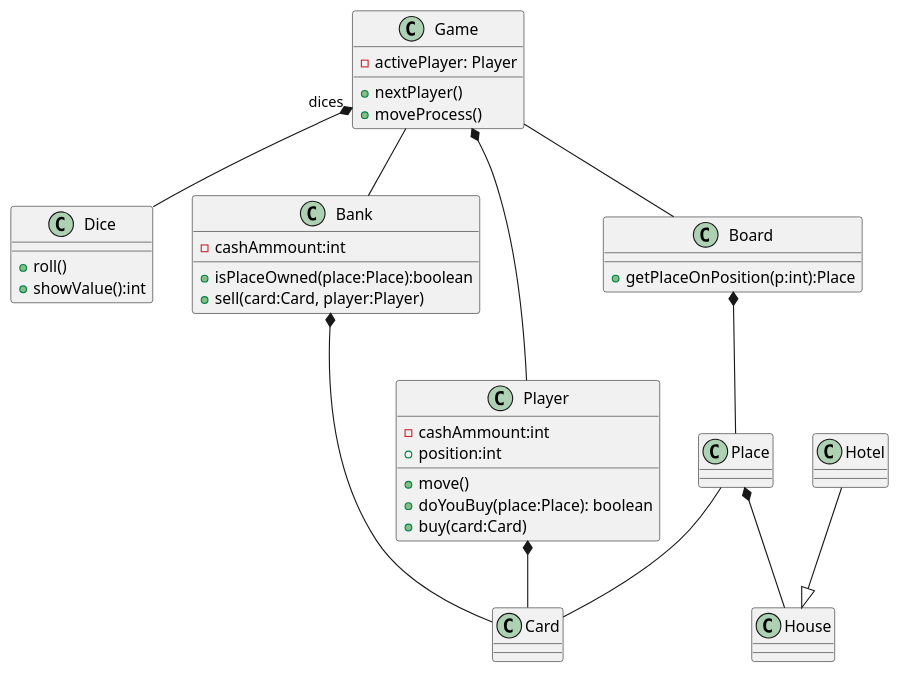
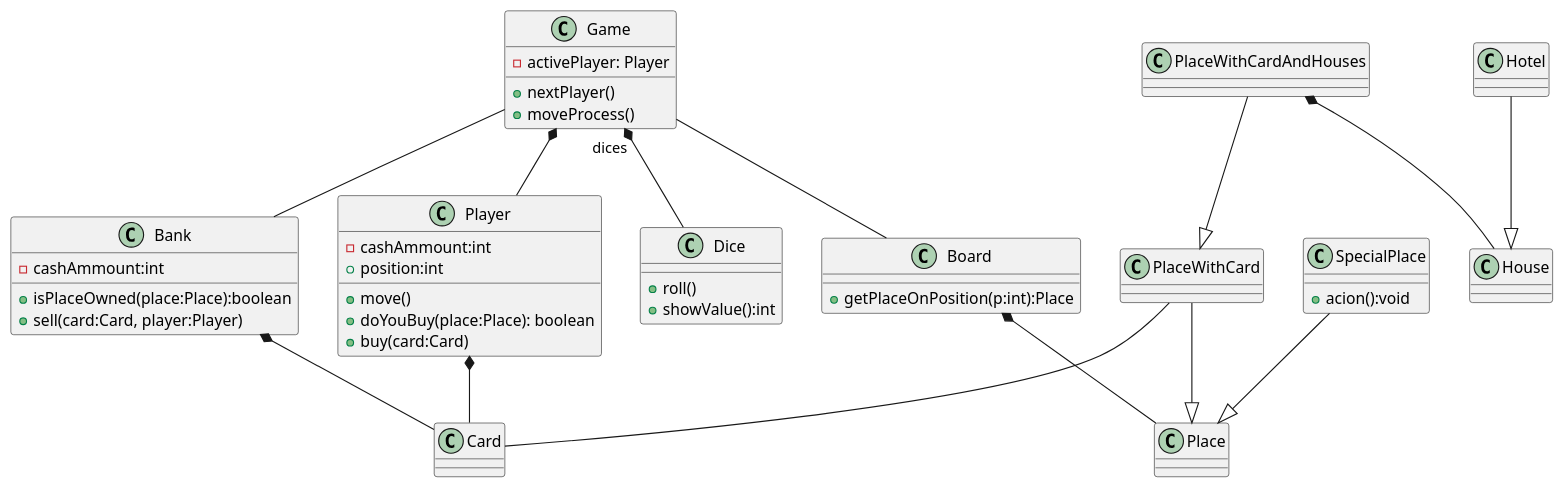
One commit to kpodlaski/ProjObj2019 changed the diagram in dzienne/gr2/monopoly/class_diagram.plantuml. Above: the diagram before and after it, drawn with PlantUML.

Commit message:
small changes

```diff
--- a/dzienne/gr2/monopoly/class_diagram.plantuml
+++ b/dzienne/gr2/monopoly/class_diagram.plantuml
@@ -1,55 +1,69 @@
 @startuml
 Game "dices" *-- Dice
 Game -- Board
 Board *-- Place
-Place -- Card
+PlaceWithCard -- Card
 Player *-- Card
 Bank *-- Card
 Hotel --|> House
-Place *-- House
+PlaceWithCardAndHouses *-- House
 Game -- Bank
 Game *-- Player
+SpecialPlace --|> Place
+PlaceWithCard --|> Place
+PlaceWithCardAndHouses --|> PlaceWithCard
+
 
 class Dice{
     +roll()
     +showValue():int
 }
 'Controller of the game process'
 class Game{
     -activePlayer: Player
     +nextPlayer()
     'implements move activity diagram'
     +moveProcess()
 }
 class Board{
     +getPlaceOnPosition(p:int):Place
 }
 class Bank{
     -cashAmmount:int
     +isPlaceOwned(place:Place):boolean
     /' 
         sell - operations:
         increase ammount, 
         remove card from bank,
         invoke buy on player
     '/
     +sell(card:Card, player:Player)
 }
-class Place
+class Place {}
+
+
+class SpecialPlace {
+    +acion():void
+}
+class PlaceWithCard {}
+class PlaceWithCardAndHouses {}
+
+
+
 class Player{
     -cashAmmount:int
     +position:int 
     +move()
     +doYouBuy(place:Place): boolean
     /' 
         buy - operations:
         decrease ammount, 
         add card
     '/
     +buy(card:Card)
 }
 class Card
 class House
 class Hotel
 
 @enduml
```
